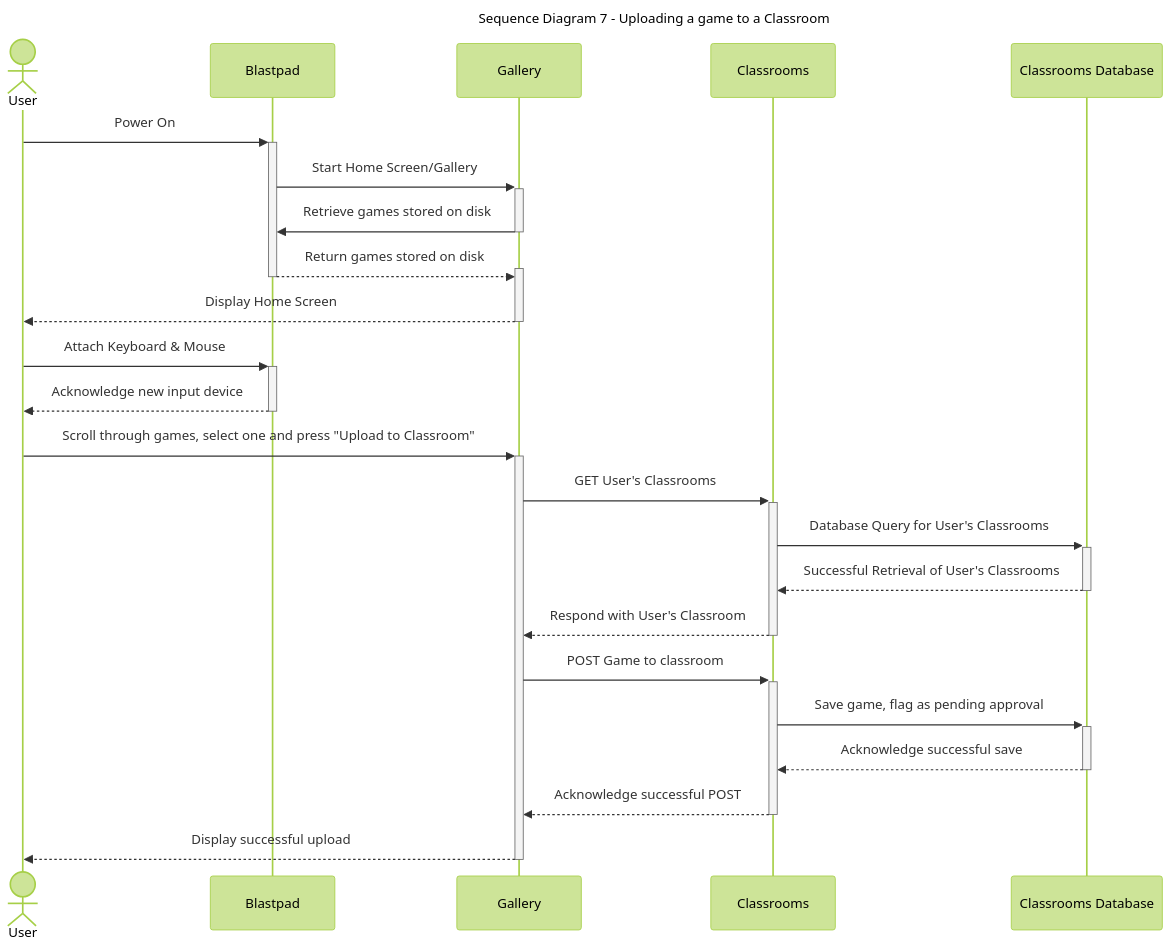
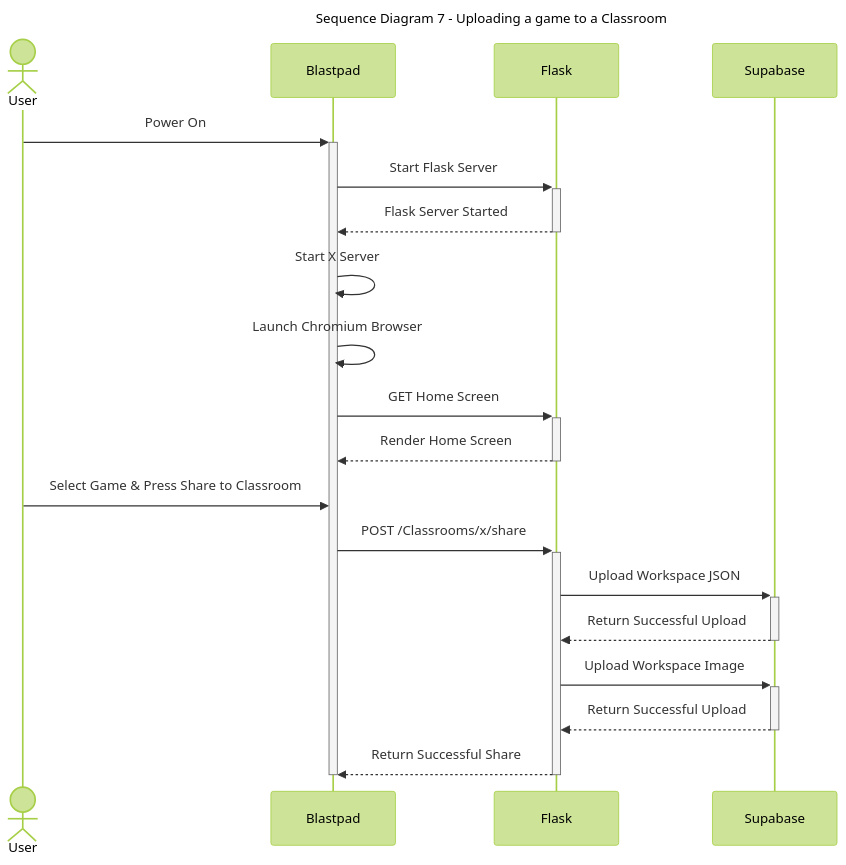
Before and after one commit to Capstone-Projects-2024-Spring/project-blastpad: the seventh of 11 diagrams in documentation/docs/system-architecture/sequence-diagrams.md, drawn with Mermaid (forest theme). The commit also changed other lines of this file and 3 other files, not shown here.

Commit message:
Use Case Seq Diagrams

````diff
--- a/documentation/docs/system-architecture/sequence-diagrams.md
+++ b/documentation/docs/system-architecture/sequence-diagrams.md
@@ -268,31 +279,29 @@
 ```mermaid
 ---
 title: "Sequence Diagram 7 - Uploading a game to a Classroom"
 ---
 
 sequenceDiagram
 actor User
 User->>+Blastpad: Power On
-Blastpad->>+Gallery: Start Home Screen/Gallery
-Gallery->>-Blastpad: Retrieve games stored on disk
-Blastpad-->>+Gallery: Return games stored on disk
-deactivate Blastpad	
-Gallery-->>-User: Display Home Screen
+Blastpad->>+Flask: Start Flask Server
+Flask-->>-Blastpad: Flask Server Started
 
-User->>+Blastpad: Attach Keyboard & Mouse
-Blastpad-->>-User: Acknowledge new input device
+Blastpad->>Blastpad: Start X Server
+Blastpad->>Blastpad: Launch Chromium Browser
 
+Blastpad->>+Flask: GET Home Screen
+Flask-->>-Blastpad: Render Home Screen
+User->>Blastpad: Select Game & Press Share to Classroom
 
-User->>+Gallery: Scroll through games, select one and press "Upload to Classroom"
+Blastpad->>+Flask: POST /Classrooms/x/share
+Flask->>+Supabase: Upload Workspace JSON
+Supabase-->>-Flask: Return Successful Upload
 
-Gallery->>+Classrooms: GET User's Classrooms
-Classrooms->>+Classrooms Database: Database Query for User's Classrooms
-Classrooms Database-->>-Classrooms: Successful Retrieval of User's Classrooms
-Classrooms-->>-Gallery: Respond with User's Classroom
-Gallery->>+Classrooms: POST Game to classroom
-Classrooms->>+Classrooms Database: Save game, flag as pending approval
-Classrooms Database-->>-Classrooms: Acknowledge successful save
-Classrooms-->>-Gallery: Acknowledge successful POST
-Gallery-->>-User: Display successful upload
+Flask->>+Supabase: Upload Workspace Image
+Supabase-->>-Flask: Return Successful Upload
 
+Flask-->>-Blastpad: Return Successful Share
+
+deactivate Blastpad
 ```
````
